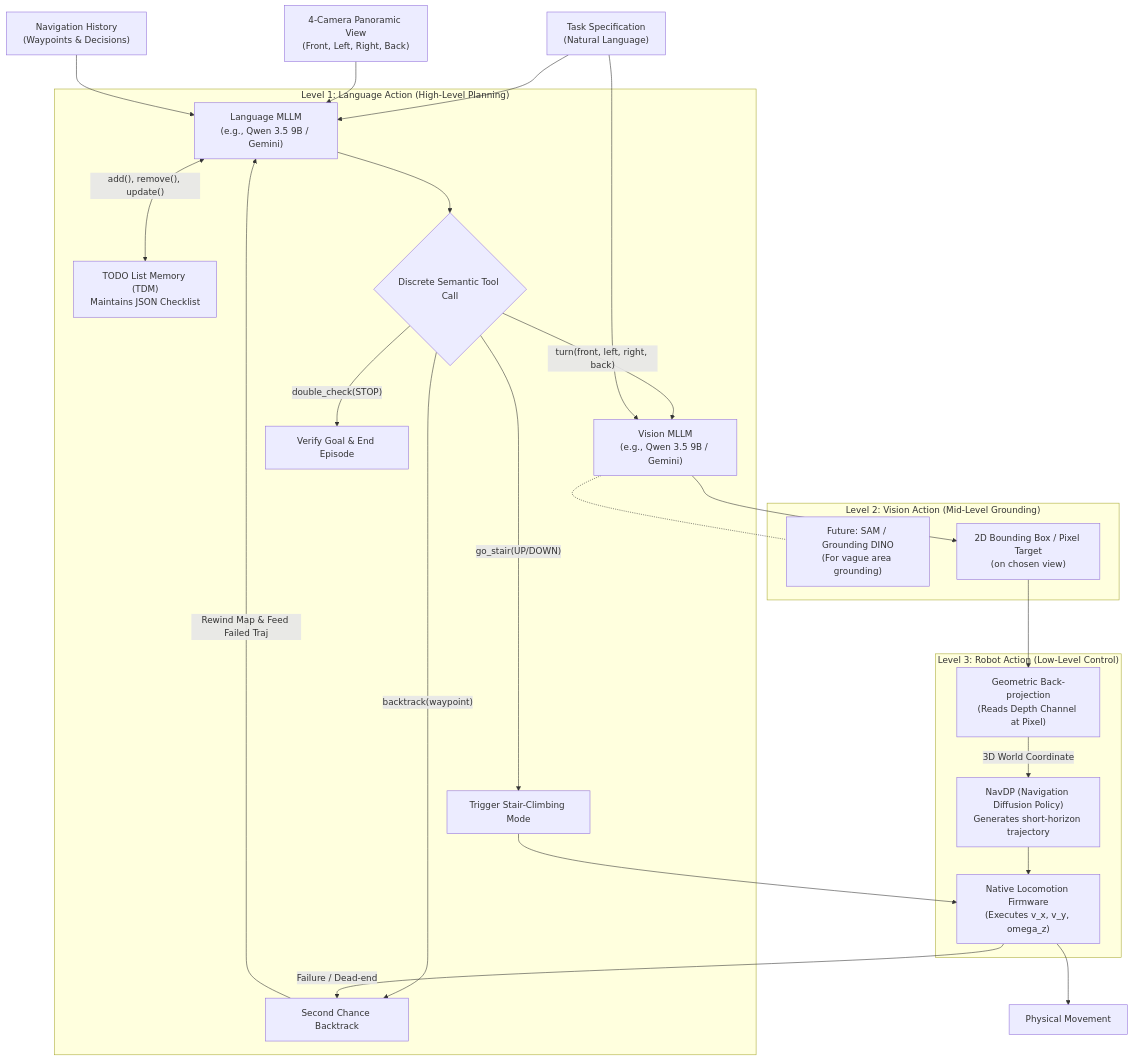
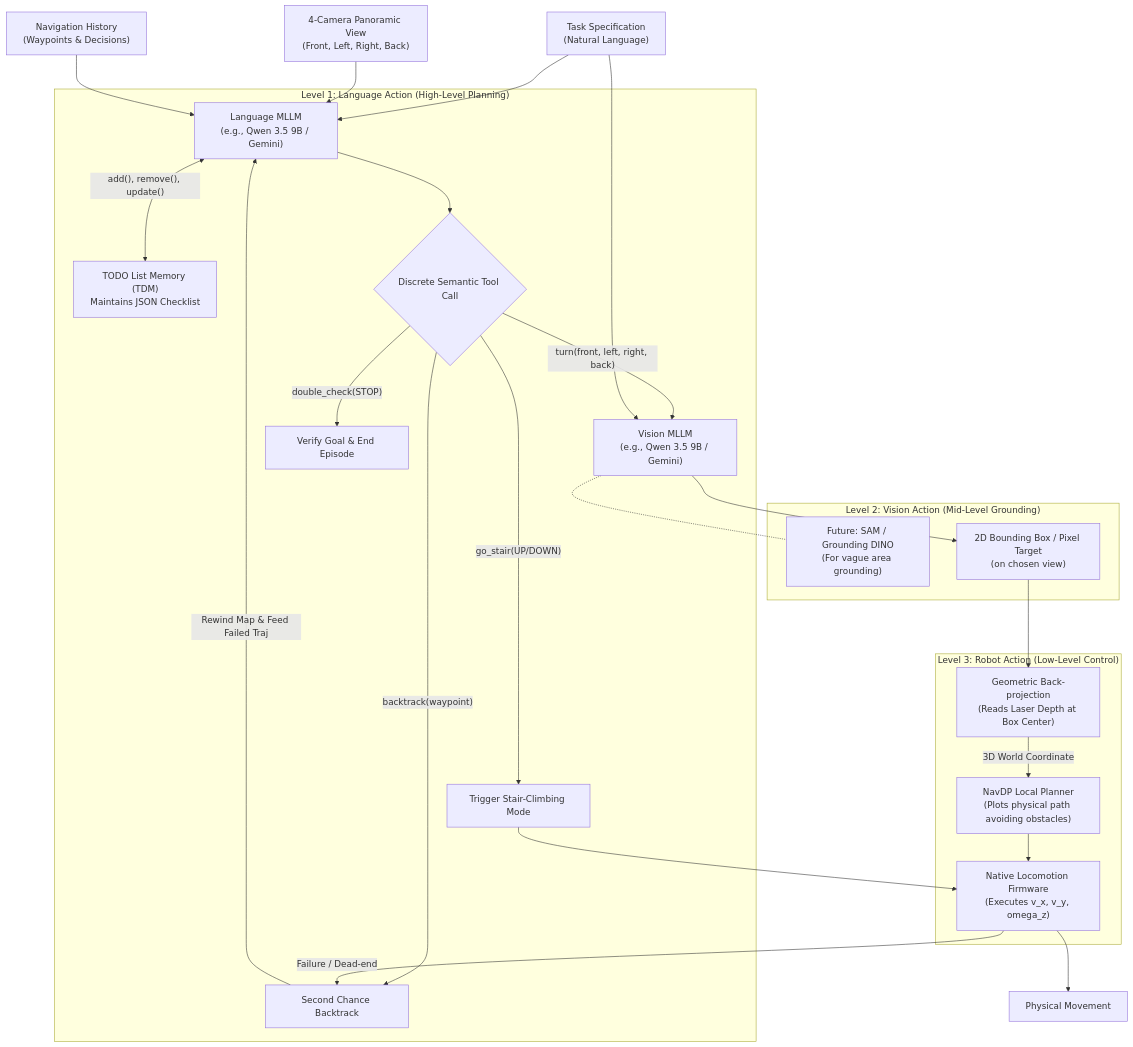
One commit to Sigurius23/Robot-wiki changed the first of 2 diagrams in wiki/methods/architecture brainstorming/workspace-019e9493-f03b-7424-ad4c-1d52e9af394e/g1-jepa-tethered/docs/UNI_LAVIRA_ANALYSIS.md. Above: the diagram before and after it, drawn with Mermaid. The commit also changed other lines of this file, not shown here.

Commit message:
docs: clarify 2D box vs 3D path plotting in Mermaid graphs

````diff
--- a/wiki/methods/architecture brainstorming/workspace-019e9493-f03b-7424-ad4c-1d52e9af394e/g1-jepa-tethered/docs/UNI_LAVIRA_ANALYSIS.md
+++ b/wiki/methods/architecture brainstorming/workspace-019e9493-f03b-7424-ad4c-1d52e9af394e/g1-jepa-tethered/docs/UNI_LAVIRA_ANALYSIS.md
@@ -13,48 +13,48 @@
 ```mermaid
 graph TD
     %% Inputs
     Task["Task Specification<br/>(Natural Language)"] --> LA
     Obs["4-Camera Panoramic View<br/>(Front, Left, Right, Back)"] --> LA
     Hist["Navigation History<br/>(Waypoints & Decisions)"] --> LA
 
     %% Level 1: Language Action
     subgraph L1 ["Level 1: Language Action (High-Level Planning)"]
         LA["Language MLLM<br/>(e.g., Qwen 3.5 9B / Gemini)"]
         
         TDM["TODO List Memory (TDM)<br/>Maintains JSON Checklist"]
         LA <-->|"add(), remove(), update()"| TDM
         
         LA_Out{"Discrete Semantic Tool Call"}
         LA_Out -->|"turn(front, left, right, back)"| VA
         LA_Out -->|"go_stair(UP/DOWN)"| StairMode["Trigger Stair-Climbing Mode"]
         LA_Out -->|"backtrack(waypoint)"| SCB["Second Chance Backtrack"]
         LA_Out -->|"double_check(STOP)"| StopCheck["Verify Goal & End Episode"]
     end
     LA --> LA_Out
 
     %% Level 2: Vision Action
     subgraph L2 ["Level 2: Vision Action (Mid-Level Grounding)"]
         VA["Vision MLLM<br/>(e.g., Qwen 3.5 9B / Gemini)"]
         Aux["Future: SAM / Grounding DINO<br/>(For vague area grounding)"]
         VA -.- Aux
         VA_Out["2D Bounding Box / Pixel Target<br/>(on chosen view)"]
     end
     Task --> VA
     VA --> VA_Out
 
     %% Level 3: Robot Action
     subgraph L3 ["Level 3: Robot Action (Low-Level Control)"]
-        Geom["Geometric Back-projection<br/>(Reads Depth Channel at Pixel)"]
-        Controller["NavDP (Navigation Diffusion Policy)<br/>Generates short-horizon trajectory"]
+        Geom["Geometric Back-projection<br/>(Reads Laser Depth at Box Center)"]
+        Controller["NavDP Local Planner<br/>(Plots physical path avoiding obstacles)"]
         Native["Native Locomotion Firmware<br/>(Executes v_x, v_y, omega_z)"]
     end
     VA_Out --> Geom
     Geom -->|3D World Coordinate| Controller
     Controller --> Native
     Native --> RA_Out["Physical Movement"]
 
     %% Feedback Loop (SCB)
     Native -->|Failure / Dead-end| SCB
     SCB -->|Rewind Map & Feed Failed Traj| LA
     StairMode --> Native
 ```
````
